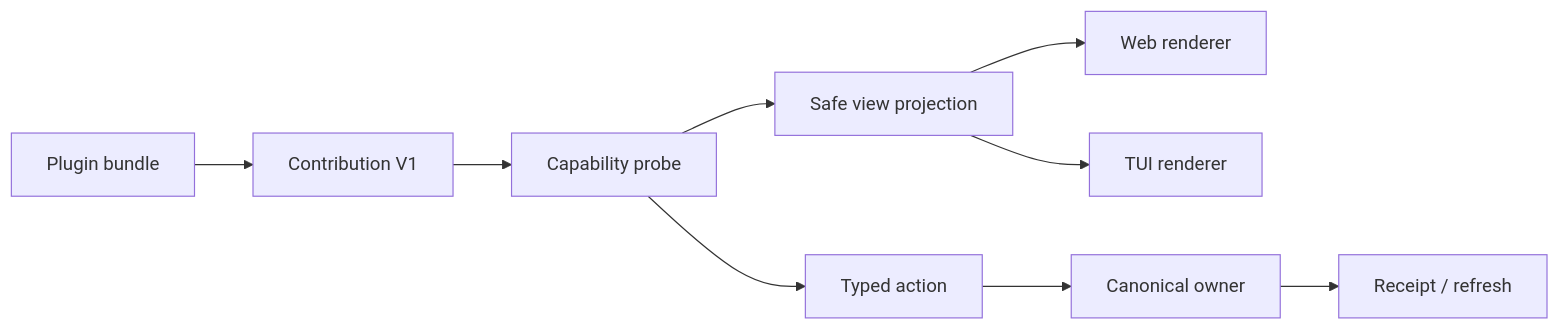
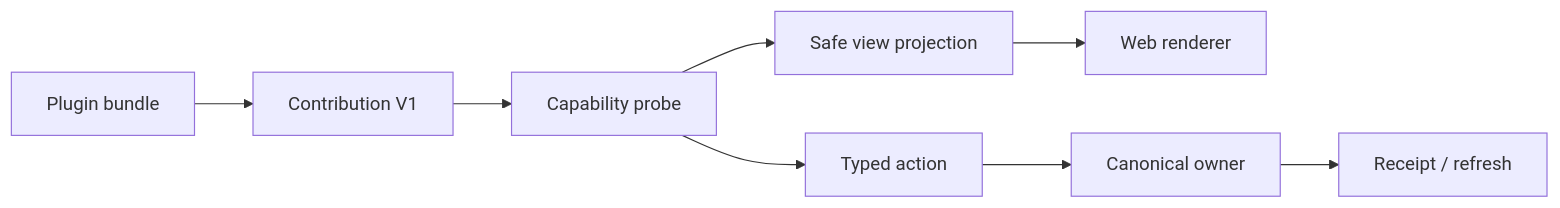
One commit to yeisme/harness-plugins changed the diagram in docs/design/dsh-personal-coding-plugin-platform.md. Above: the diagram before and after it, drawn with Mermaid. The commit also changed other lines of this file and 50 other files, not shown here.

````diff
--- a/docs/design/dsh-personal-coding-plugin-platform.md
+++ b/docs/design/dsh-personal-coding-plugin-platform.md
@@ -27,11 +26,10 @@
 ```mermaid
 flowchart LR
   B[Plugin bundle] --> C[Contribution V1]
   C --> P[Capability probe]
   P --> V[Safe view projection]
   P --> A[Typed action]
   V --> W[Web renderer]
-  V --> T[TUI renderer]
   A --> O[Canonical owner]
   O --> R[Receipt / refresh]
 ```
````
